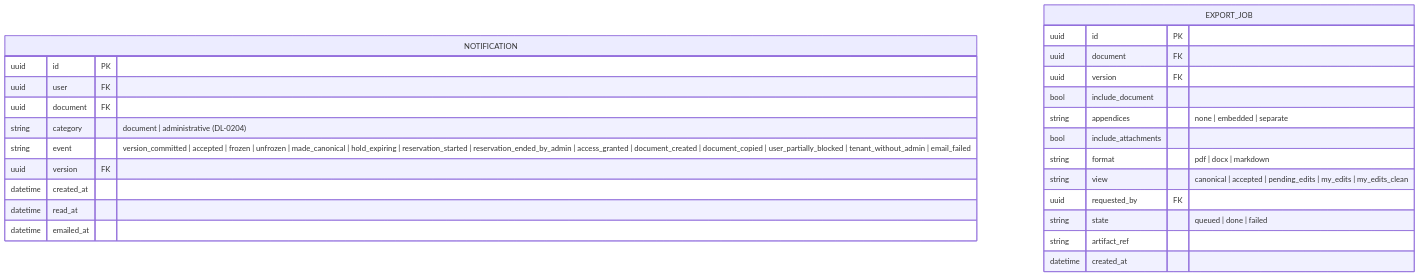
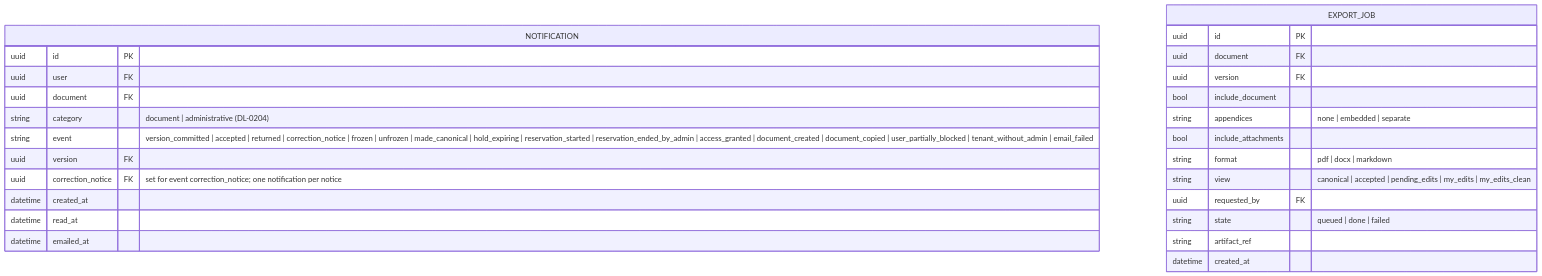
The fifth of 5 diagrams in docs/data-model.md (Oleksii-Zagorskyi/syngraphe), drawn with Mermaid before and after one commit. The commit also changed other lines of this file and 26 other files, not shown here.

````diff
--- a/docs/data-model.md
+++ b/docs/data-model.md
@@ -471,28 +495,29 @@
 ```mermaid
 erDiagram
     NOTIFICATION {
         uuid id PK
         uuid user FK
         uuid document FK
         string category "document | administrative (DL-0204)"
-        string event "version_committed | accepted | frozen | unfrozen | made_canonical | hold_expiring | reservation_started | reservation_ended_by_admin | access_granted | document_created | document_copied | user_partially_blocked | tenant_without_admin | email_failed"
+        string event "version_committed | accepted | returned | correction_notice | frozen | unfrozen | made_canonical | hold_expiring | reservation_started | reservation_ended_by_admin | access_granted | document_created | document_copied | user_partially_blocked | tenant_without_admin | email_failed"
         uuid version FK
+        uuid correction_notice FK "set for event correction_notice; one notification per notice"
         datetime created_at
         datetime read_at
         datetime emailed_at
     }
     EXPORT_JOB {
         uuid id PK
         uuid document FK
         uuid version FK
         bool include_document
         string appendices "none | embedded | separate"
         bool include_attachments
         string format "pdf | docx | markdown"
         string view "canonical | accepted | pending_edits | my_edits | my_edits_clean"
         uuid requested_by FK
         string state "queued | done | failed"
         string artifact_ref
         datetime created_at
     }
 ```
````
